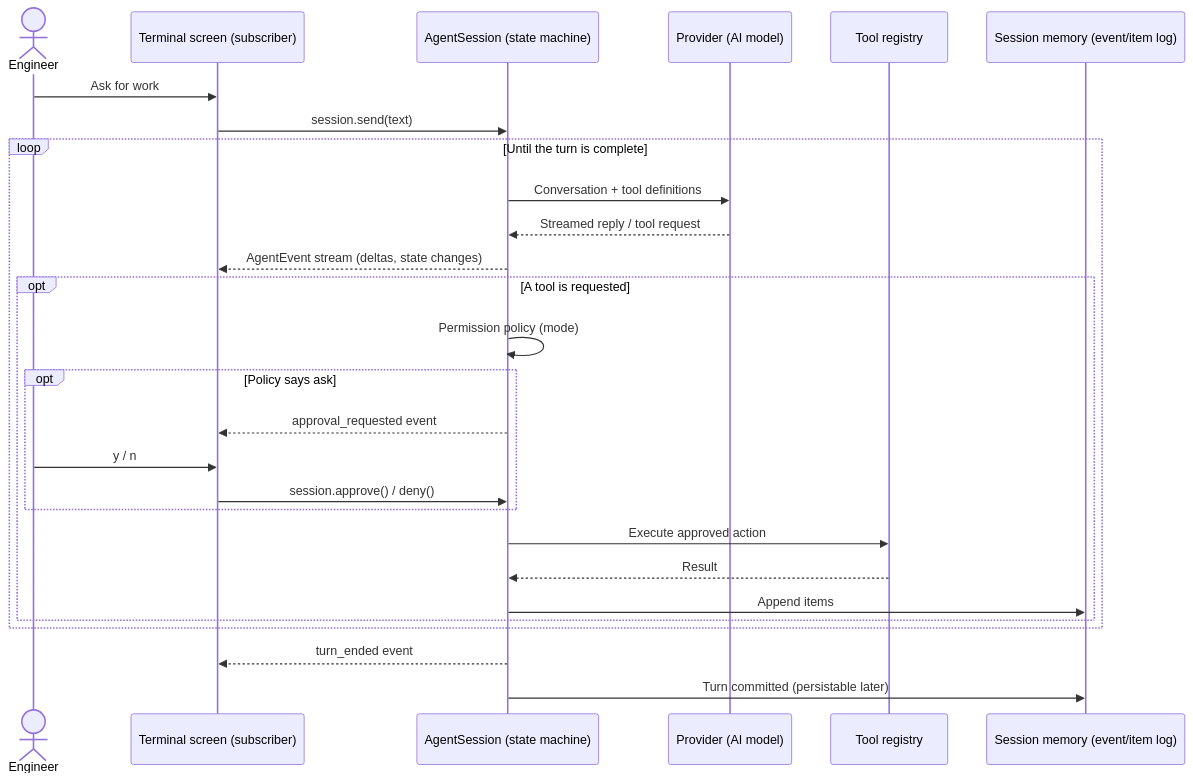
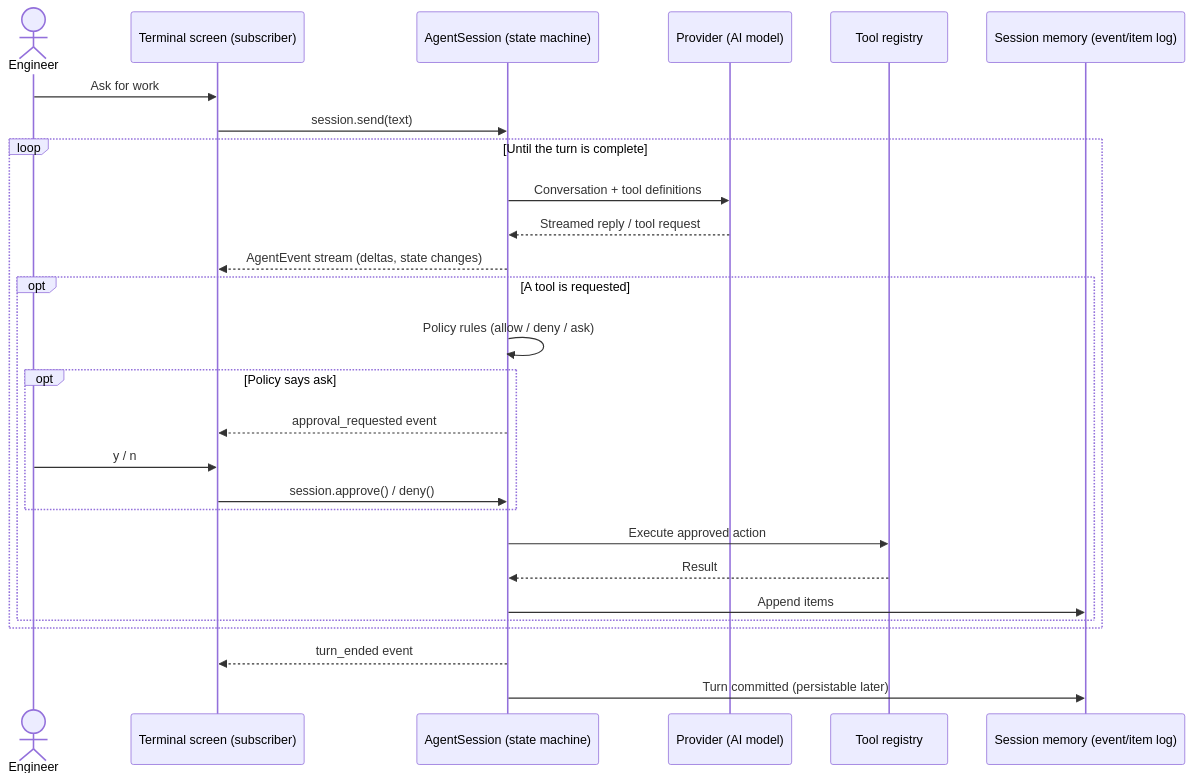
One commit to wjchoi87/xal changed the first of 2 diagrams in AGENTS.md. Above: the diagram before and after it, drawn with Mermaid. The commit also changed other lines of this file and 41 other files, not shown here.

First line of the commit message:
introduce plugin registration architecture

````diff
--- a/AGENTS.md
+++ b/AGENTS.md
@@ -13,32 +13,32 @@
 ```mermaid
 sequenceDiagram
     actor Engineer
     participant Screen as Terminal screen (subscriber)
     participant Core as AgentSession (state machine)
     participant Model as Provider (AI model)
     participant Tools as Tool registry
     participant Memory as Session memory (event/item log)
 
     Engineer->>Screen: Ask for work
     Screen->>Core: session.send(text)
 
     loop Until the turn is complete
         Core->>Model: Conversation + tool definitions
         Model-->>Core: Streamed reply / tool request
         Core-->>Screen: AgentEvent stream (deltas, state changes)
         opt A tool is requested
-            Core->>Core: Permission policy (mode)
+            Core->>Core: Policy rules (allow / deny / ask)
             opt Policy says ask
                 Core-->>Screen: approval_requested event
                 Engineer->>Screen: y / n
                 Screen->>Core: session.approve() / deny()
             end
             Core->>Tools: Execute approved action
             Tools-->>Core: Result
             Core->>Memory: Append items
         end
     end
 
     Core-->>Screen: turn_ended event
     Core->>Memory: Turn committed (persistable later)
 ```
````
